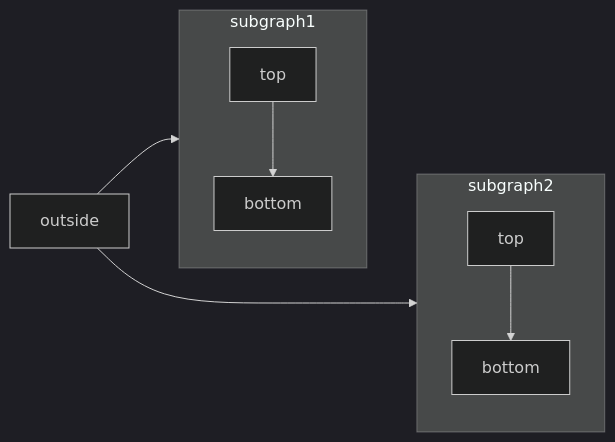
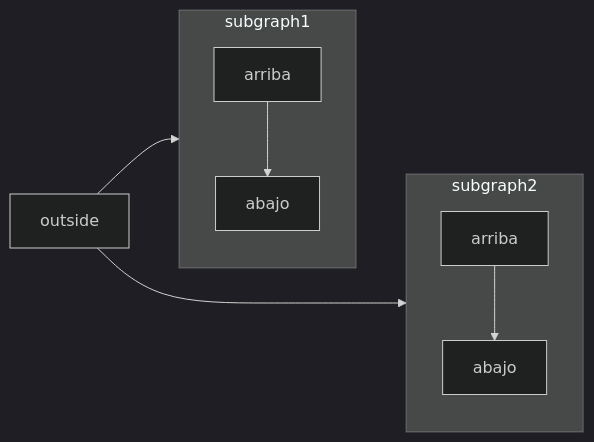
The diagram in es/components/mermaid-diagrams.mdx (mintlify/docs), drawn with Mermaid (dark theme) before and after one commit. The commit also changed other lines of this file and 372 other files, not shown here.

````diff
--- a/es/components/mermaid-diagrams.mdx
+++ b/es/components/mermaid-diagrams.mdx
@@ -11,18 +11,18 @@
 ```mermaid
   flowchart LR
     subgraph subgraph1
         direction TB
-        top1[top] --> bottom1[bottom]
+        top1[arriba] --> bottom1[abajo]
     end
     subgraph subgraph2
         direction TB
-        top2[top] --> bottom2[bottom]
+        top2[arriba] --> bottom2[abajo]
     end
-    %% ^ Estos subgrafos son idénticos, excepto por los enlaces que apuntan a ellos:
+    %% ^ Estos subgrafos son idénticos, excepto por los enlaces hacia ellos:
 
-    %% Enlace hacia subgraph1: se mantiene la dirección de subgraph1
+    %% Enlace *hacia* subgraph1: se mantiene la dirección de subgraph1
     outside --> subgraph1
-    %% Enlace dentro de subgraph2:
+    %% Enlace *dentro de* subgraph2:
     %% subgraph2 hereda la dirección del grafo de nivel superior (LR)
     outside ---> top2
 ```
````
